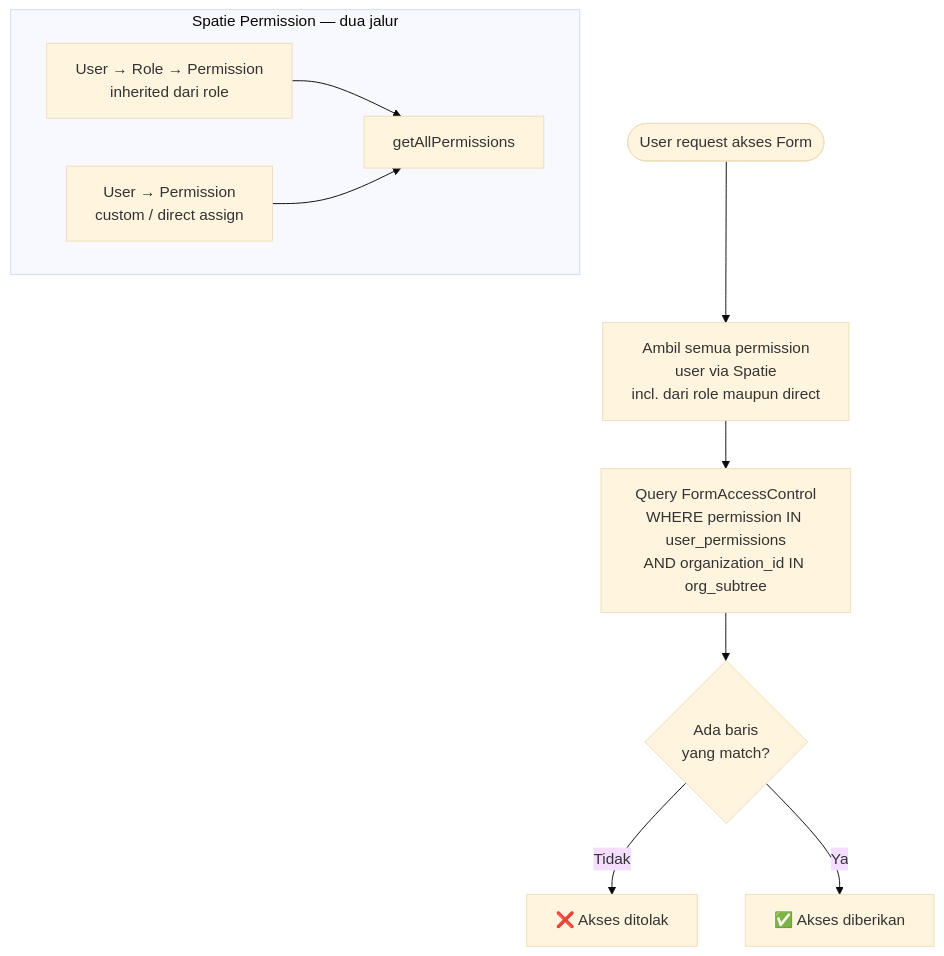
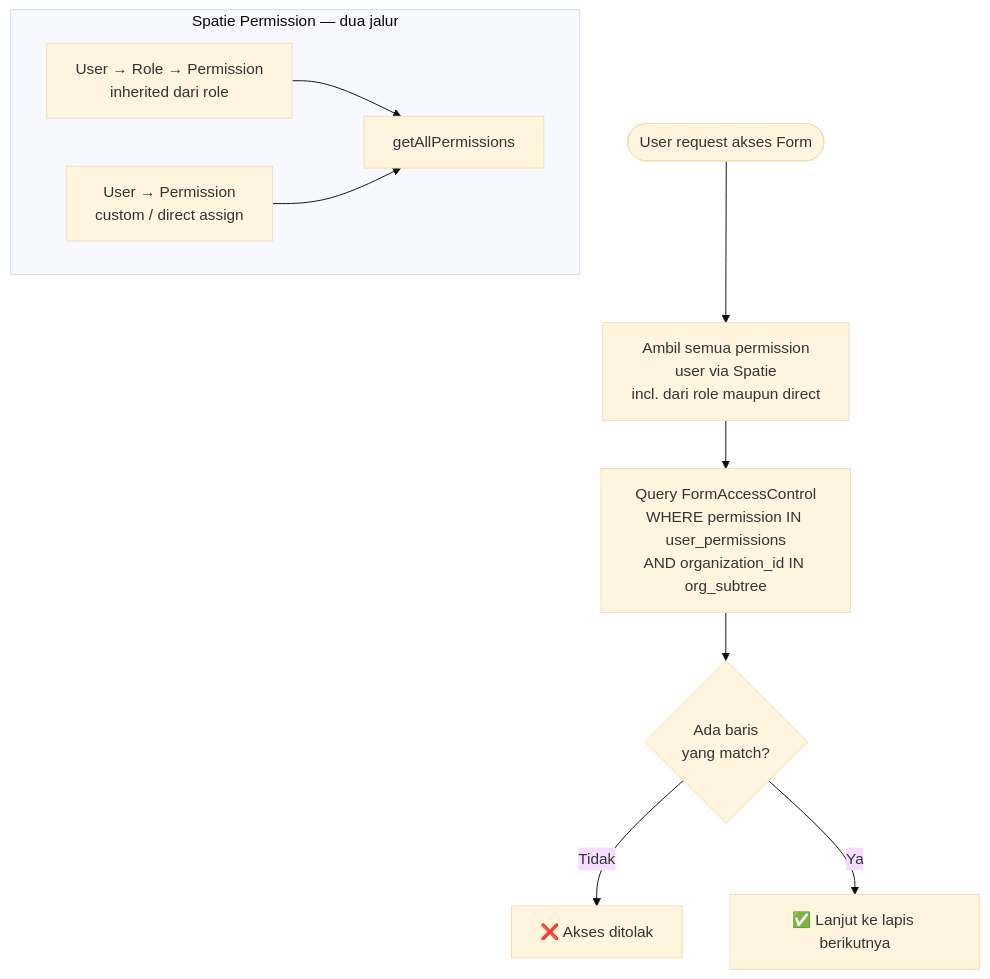
Before and after one commit to nas11ai/sim-kerjasama-itk: the fifth of 6 diagrams in docs/requirement-analysis/ddd/generic/01_form_engine.md, drawn with Mermaid (base theme). The commit also changed other lines of this file and 2 other files, not shown here.

````diff
--- a/docs/requirement-analysis/ddd/generic/01_form_engine.md
+++ b/docs/requirement-analysis/ddd/generic/01_form_engine.md
@@ -69,15 +112,15 @@
 ```mermaid
 flowchart TD
     START([User request akses Form]) --> A[Ambil semua permission<br/>user via Spatie<br/>incl. dari role maupun direct]
     A --> B[Query FormAccessControl<br/>WHERE permission IN user_permissions<br/>AND organization_id IN org_subtree]
     B --> C{Ada baris<br/>yang match?}
     C -->|Tidak| D[❌ Akses ditolak]
-    C -->|Ya| E[✅ Akses diberikan]
+    C -->|Ya| E[✅ Lanjut ke lapis berikutnya]
 
     subgraph SPATIE["Spatie Permission — dua jalur"]
         F[User → Role → Permission<br/>inherited dari role]
         G[User → Permission<br/>custom / direct assign]
         F --> H[getAllPermissions]
         G --> H
     end
 ```
````
